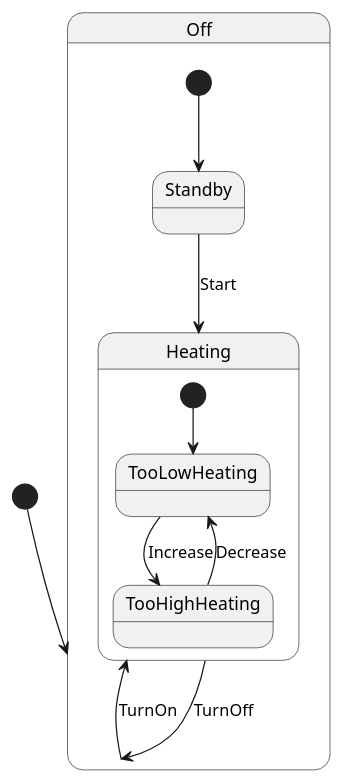
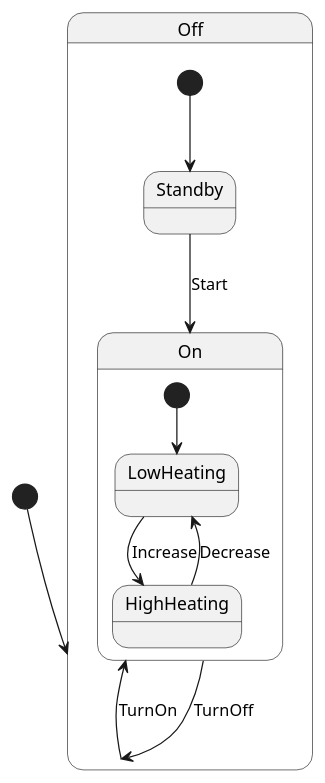
The diagram in diagrams/states/etats.puml (chauffapagnan/documentation), drawn with PlantUML before and after one commit.

```diff
--- a/diagrams/states/etats.puml
+++ b/diagrams/states/etats.puml
@@ -1,16 +1,16 @@
 @startuml
 [*] --> Off
 
 state Off {
   [*] --> Standby
-  Standby --> Heating : Start
+  Standby --> On : Start
 }
-state Heating {
-  [*] --> TooLowHeating
-  TooLowHeating --> TooHighHeating : Increase
-  TooHighHeating --> TooLowHeating : Decrease
+state On {
+  [*] --> LowHeating
+  LowHeating --> HighHeating : Increase
+  HighHeating --> LowHeating : Decrease
 }
 
-Off --> Heating : TurnOn
-Heating --> Off : TurnOff
+Off --> On : TurnOn
+On --> Off : TurnOff
 @enduml
```
